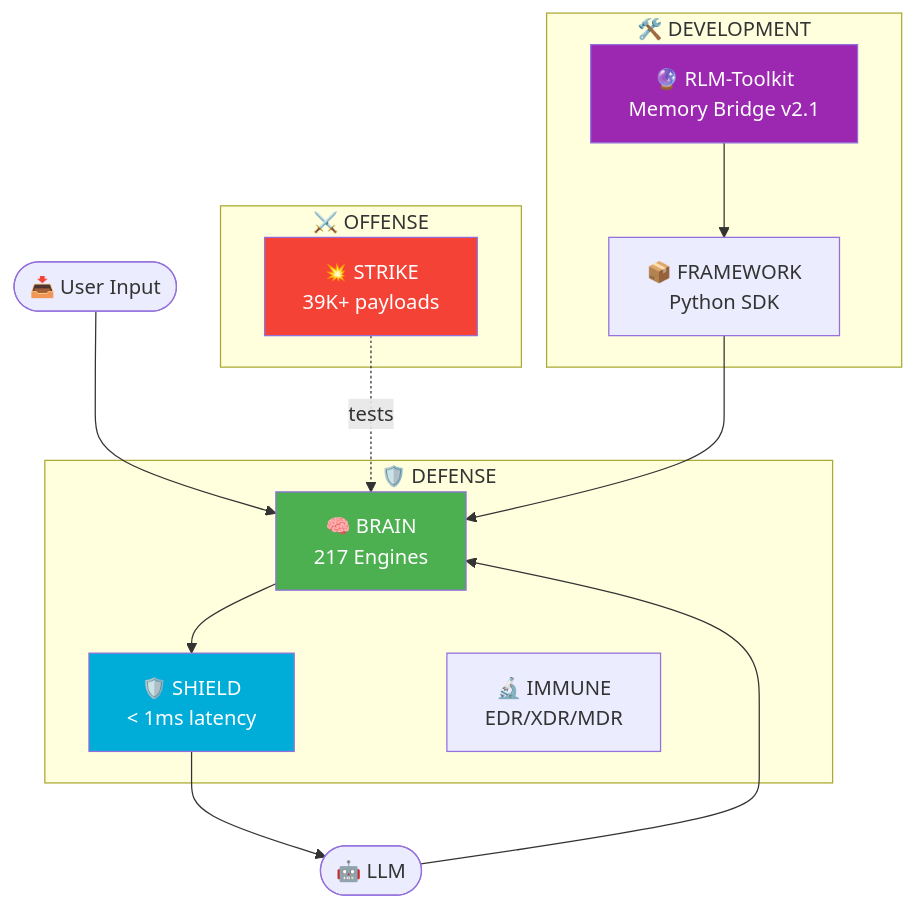
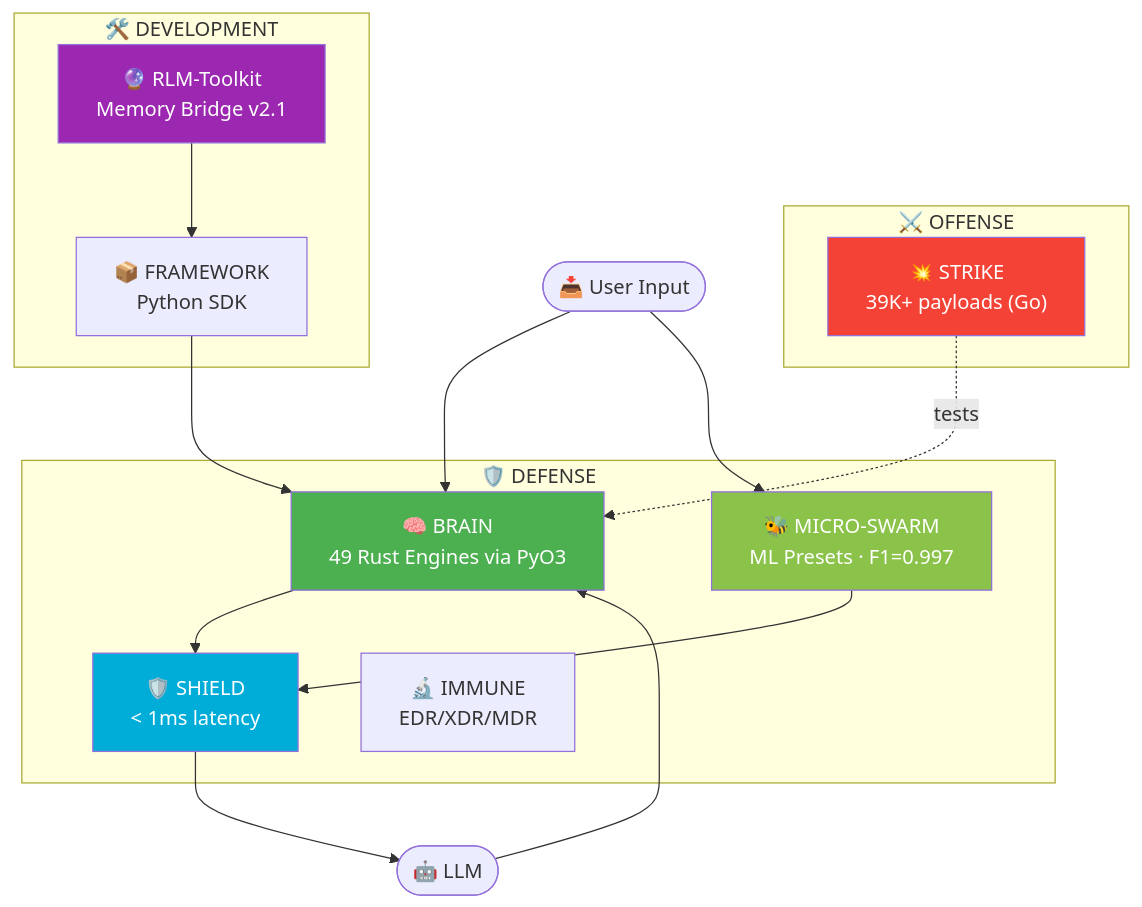
Before and after one commit to DmitrL-dev/AISecurity: the diagram in README.md, drawn with Mermaid. The commit also changed other lines of this file, not shown here.

Commit message:
docs: rewrite central README  v5.0, 49 Rust engines, micro-swarm, mermaid

````diff
--- a/README.md
+++ b/README.md
@@ -98,30 +98,34 @@
 ```mermaid
 graph TB
     subgraph DEFENSE["🛡️ DEFENSE"]
-        BRAIN["🧠 BRAIN<br/>217 Engines"]
+        BRAIN["🧠 BRAIN<br/>49 Rust Engines via PyO3"]
+        SWARM["🐝 MICRO-SWARM<br/>ML Presets · F1=0.997"]
         SHIELD["🛡️ SHIELD<br/>< 1ms latency"]
         IMMUNE["🔬 IMMUNE<br/>EDR/XDR/MDR"]
     end
     
     subgraph OFFENSE["⚔️ OFFENSE"]
-        STRIKE["💥 STRIKE<br/>39K+ payloads"]
+        STRIKE["💥 STRIKE<br/>39K+ payloads (Go)"]
     end
     
     subgraph DEV["🛠️ DEVELOPMENT"]
         FRAMEWORK["📦 FRAMEWORK<br/>Python SDK"]
         RLM["🔮 RLM-Toolkit<br/>Memory Bridge v2.1"]
     end
     
     INPUT(["📥 User Input"]) --> BRAIN
+    INPUT --> SWARM
     BRAIN --> SHIELD
+    SWARM --> SHIELD
     SHIELD --> LLM(["🤖 LLM"])
     LLM --> BRAIN
     STRIKE -.->|tests| BRAIN
     FRAMEWORK --> BRAIN
     RLM --> FRAMEWORK
     
     style BRAIN fill:#4CAF50,color:#fff
+    style SWARM fill:#8BC34A,color:#fff
     style SHIELD fill:#00ADD8,color:#fff
     style STRIKE fill:#f44336,color:#fff
     style RLM fill:#9C27B0,color:#fff
 ```
````
